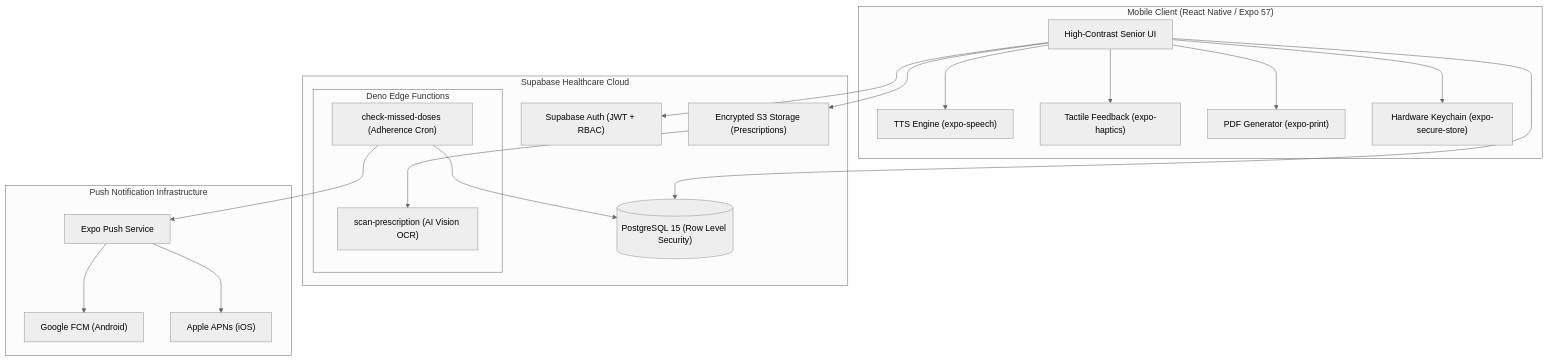
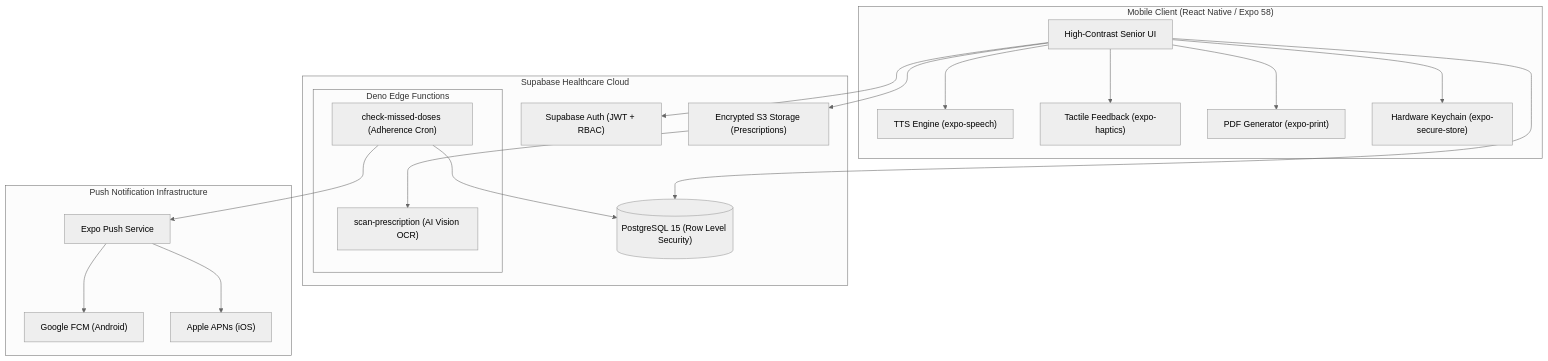
Before and after one commit to breathtaker-adi/Medsync: the second of 2 diagrams in README.md, drawn with Mermaid (neutral theme). The commit also changed other lines of this file and 1 other file, not shown here.

Commit message:
docs: update reconstruction blueprint and README with Expo SDK 58, 77 tests, and security hardenings

````diff
--- a/README.md
+++ b/README.md
@@ -226,41 +227,41 @@
 ```mermaid
 flowchart TD
-    subgraph Client ["Mobile Client (React Native / Expo 57)"]
+    subgraph Client ["Mobile Client (React Native / Expo 58)"]
         UI["High-Contrast Senior UI"]
         Speech["TTS Engine (expo-speech)"]
         Haptics["Tactile Feedback (expo-haptics)"]
         Print["PDF Generator (expo-print)"]
         SecureStore["Hardware Keychain (expo-secure-store)"]
     end
 
     subgraph SupabaseCloud ["Supabase Healthcare Cloud"]
         Auth["Supabase Auth (JWT + RBAC)"]
         DB[("PostgreSQL 15 (Row Level Security)")]
         Storage["Encrypted S3 Storage (Prescriptions)"]
         
         subgraph EdgeRuntimes ["Deno Edge Functions"]
             OCR["scan-prescription (AI Vision OCR)"]
             Cron["check-missed-doses (Adherence Cron)"]
         end
     end
 
     subgraph PushGateway ["Push Notification Infrastructure"]
         ExpoPush["Expo Push Service"]
         FCM["Google FCM (Android)"]
         APNS["Apple APNs (iOS)"]
     end
 
     UI --> Auth
     UI --> DB
     UI --> Storage
     UI --> Speech
     UI --> Haptics
     UI --> Print
     UI --> SecureStore
 
     Storage --> OCR
     Cron --> DB
     Cron --> ExpoPush
     ExpoPush --> FCM
     ExpoPush --> APNS
 ```
````
